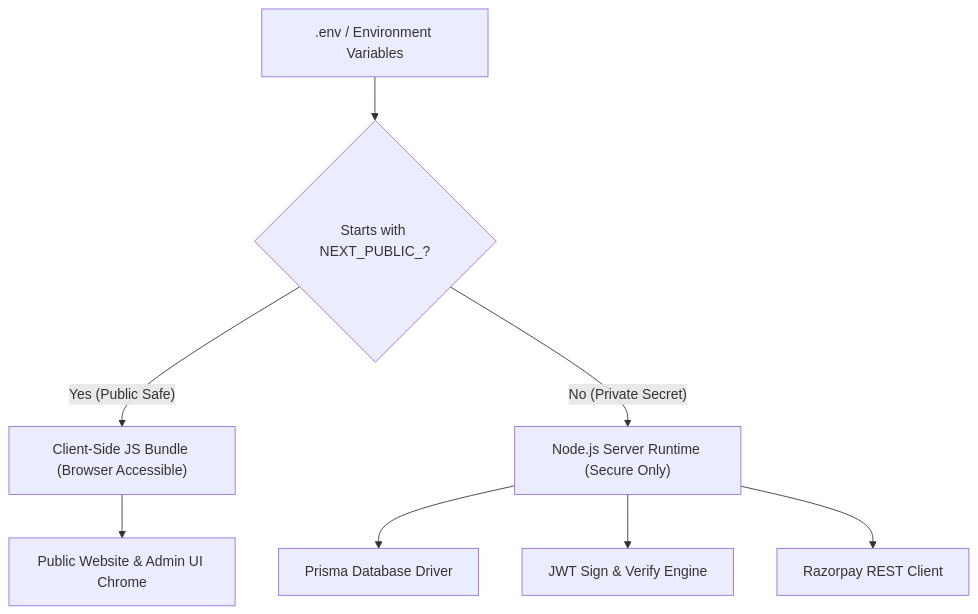
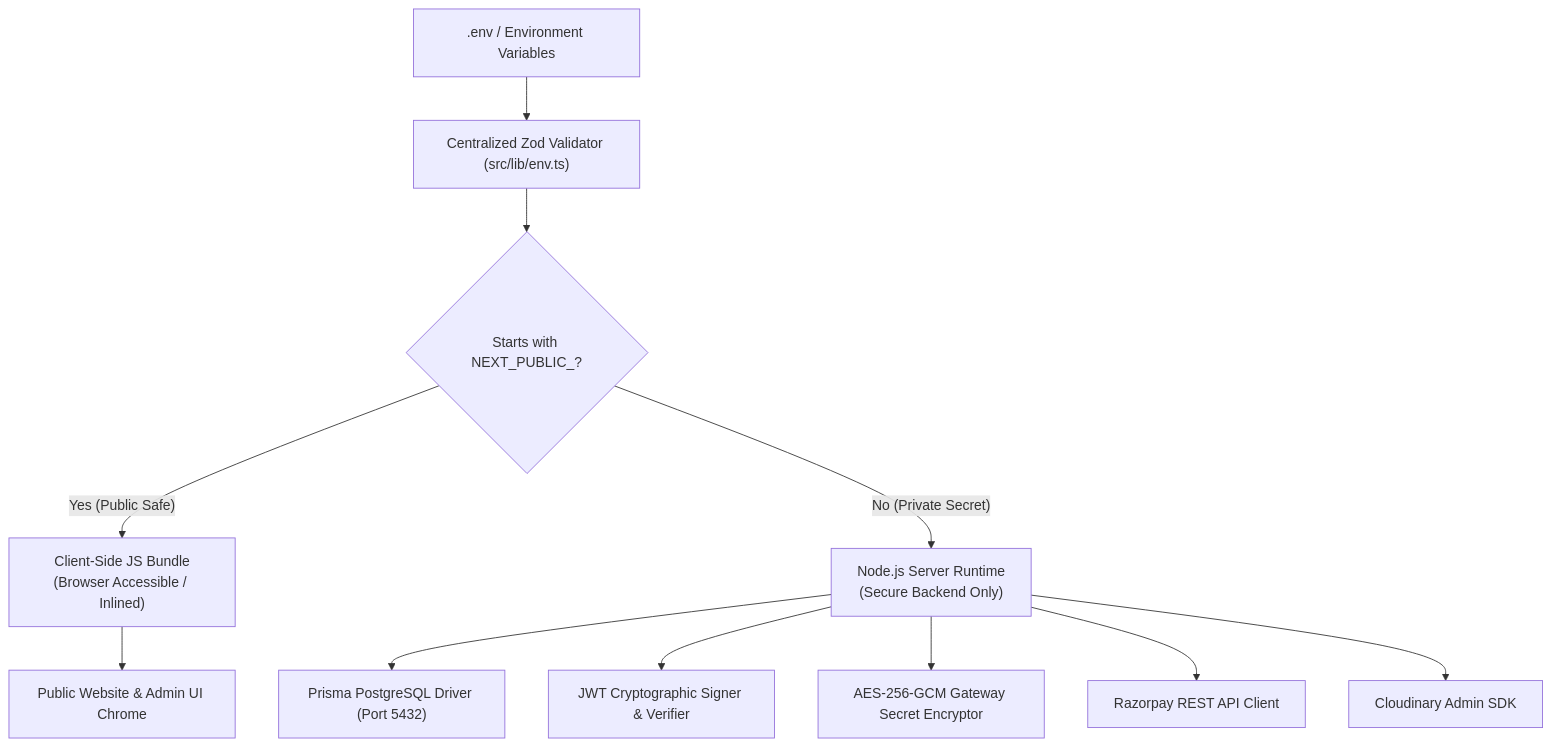
Before and after one commit to ashutoshkumar2656/The-Jawed-Habib: the diagram in docs/ENVIRONMENT_VARIABLES_DOCUMENTATION.md, drawn with Mermaid. The commit also changed other lines of this file and 4 other files, not shown here.

````diff
--- a/docs/ENVIRONMENT_VARIABLES_DOCUMENTATION.md
+++ b/docs/ENVIRONMENT_VARIABLES_DOCUMENTATION.md
@@ -16,10 +19,16 @@
 ```mermaid
 flowchart TD
-    Env[".env / Environment Variables"] --> Filter{"Starts with NEXT_PUBLIC_?"}
-    Filter -- "Yes (Public Safe)" --> ClientBundle["Client-Side JS Bundle (Browser Accessible)"]
-    Filter -- "No (Private Secret)" --> ServerRuntime["Node.js Server Runtime (Secure Only)"]
-    ServerRuntime --> DB["Prisma Database Driver"]
-    ServerRuntime --> JWT["JWT Sign & Verify Engine"]
-    ServerRuntime --> Rzp["Razorpay REST Client"]
+    Env[".env / Environment Variables"] --> Validator["Centralized Zod Validator (src/lib/env.ts)"]
+    Validator --> Filter{"Starts with NEXT_PUBLIC_?"}
+    
+    Filter -- "Yes (Public Safe)" --> ClientBundle["Client-Side JS Bundle\n(Browser Accessible / Inlined)"]
+    Filter -- "No (Private Secret)" --> ServerRuntime["Node.js Server Runtime\n(Secure Backend Only)"]
+    
+    ServerRuntime --> DB["Prisma PostgreSQL Driver (Port 5432)"]
+    ServerRuntime --> JWT["JWT Cryptographic Signer & Verifier"]
+    ServerRuntime --> Encryption["AES-256-GCM Gateway Secret Encryptor"]
+    ServerRuntime --> Rzp["Razorpay REST API Client"]
+    ServerRuntime --> Cloudinary["Cloudinary Admin SDK"]
+    
     ClientBundle --> UI["Public Website & Admin UI Chrome"]
 ```
````
